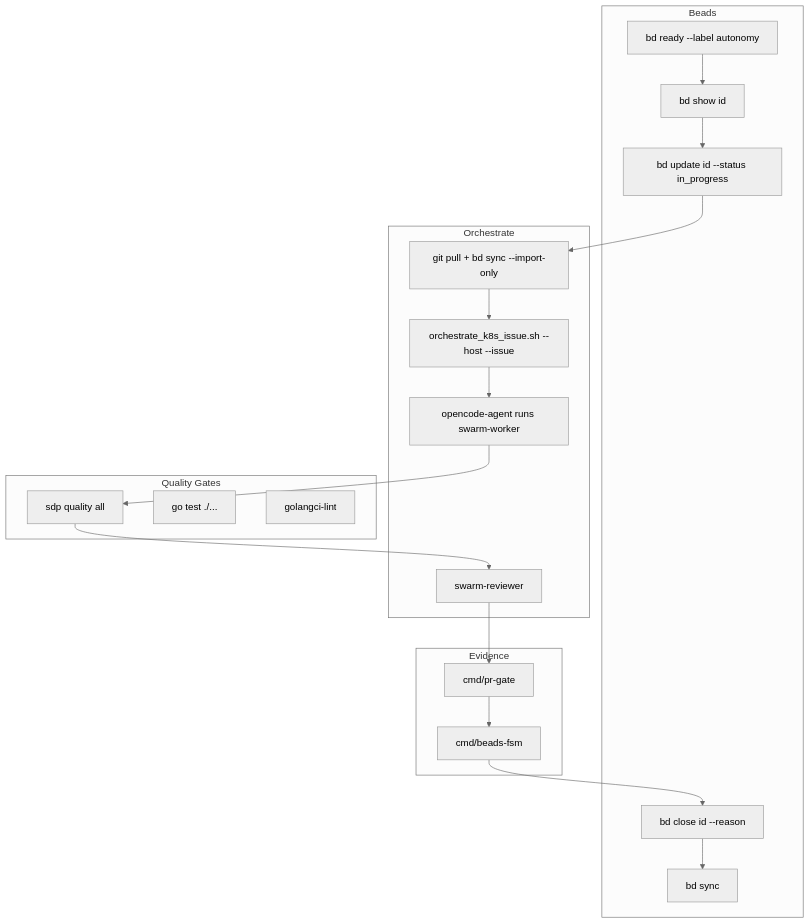
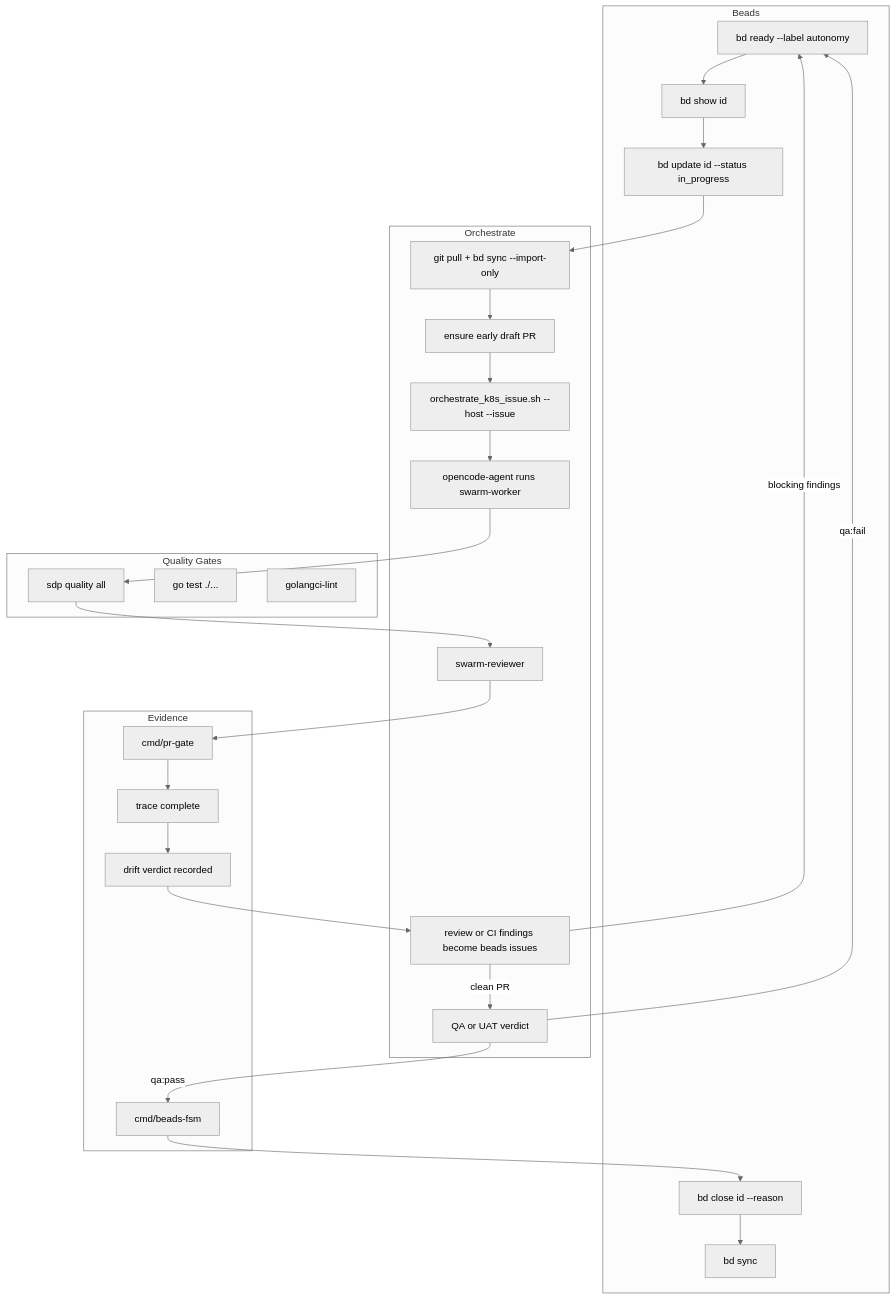
Before and after one commit to fall-out-bug/sdp_lab: the first of 2 diagrams in docs/SDP_OPERATOR_WORKFLOW.md, drawn with Mermaid (neutral theme). The commit also changed other lines of this file and 20 other files, not shown here.

````diff
--- a/docs/SDP_OPERATOR_WORKFLOW.md
+++ b/docs/SDP_OPERATOR_WORKFLOW.md
@@ -12,33 +17,42 @@
 ```mermaid
 flowchart TD
     subgraph beads [Beads]
         Ready[bd ready --label autonomy]
         Show[bd show id]
         Claim[bd update id --status in_progress]
         Close[bd close id --reason]
         Sync[bd sync]
     end
 
     subgraph orchestrate [Orchestrate]
         Preflight[git pull + bd sync --import-only]
+        DraftPR[ensure early draft PR]
         Dispatch[orchestrate_k8s_issue.sh --host --issue]
         Worker[opencode-agent runs swarm-worker]
         Reviewer[swarm-reviewer]
+        Findings[review or CI findings become beads issues]
+        QA[QA or UAT verdict]
     end
 
     subgraph quality [Quality Gates]
         SDP[sdp quality all]
         Tests[go test ./...]
         Lint[golangci-lint]
     end
 
     subgraph evidence [Evidence]
         FSM[cmd/beads-fsm]
         PRGate[cmd/pr-gate]
+        Trace[trace complete]
+        Drift[drift verdict recorded]
     end
 
     Ready --> Show --> Claim
-    Claim --> Preflight --> Dispatch
+    Claim --> Preflight --> DraftPR --> Dispatch
     Dispatch --> Worker --> SDP --> Reviewer
-    Reviewer --> PRGate --> FSM --> Close --> Sync
+    Reviewer --> PRGate --> Trace --> Drift --> Findings
+    Findings -->|blocking findings| Ready
+    Findings -->|clean PR| QA
+    QA -->|qa:fail| Ready
+    QA -->|qa:pass| FSM --> Close --> Sync
 ```
````
